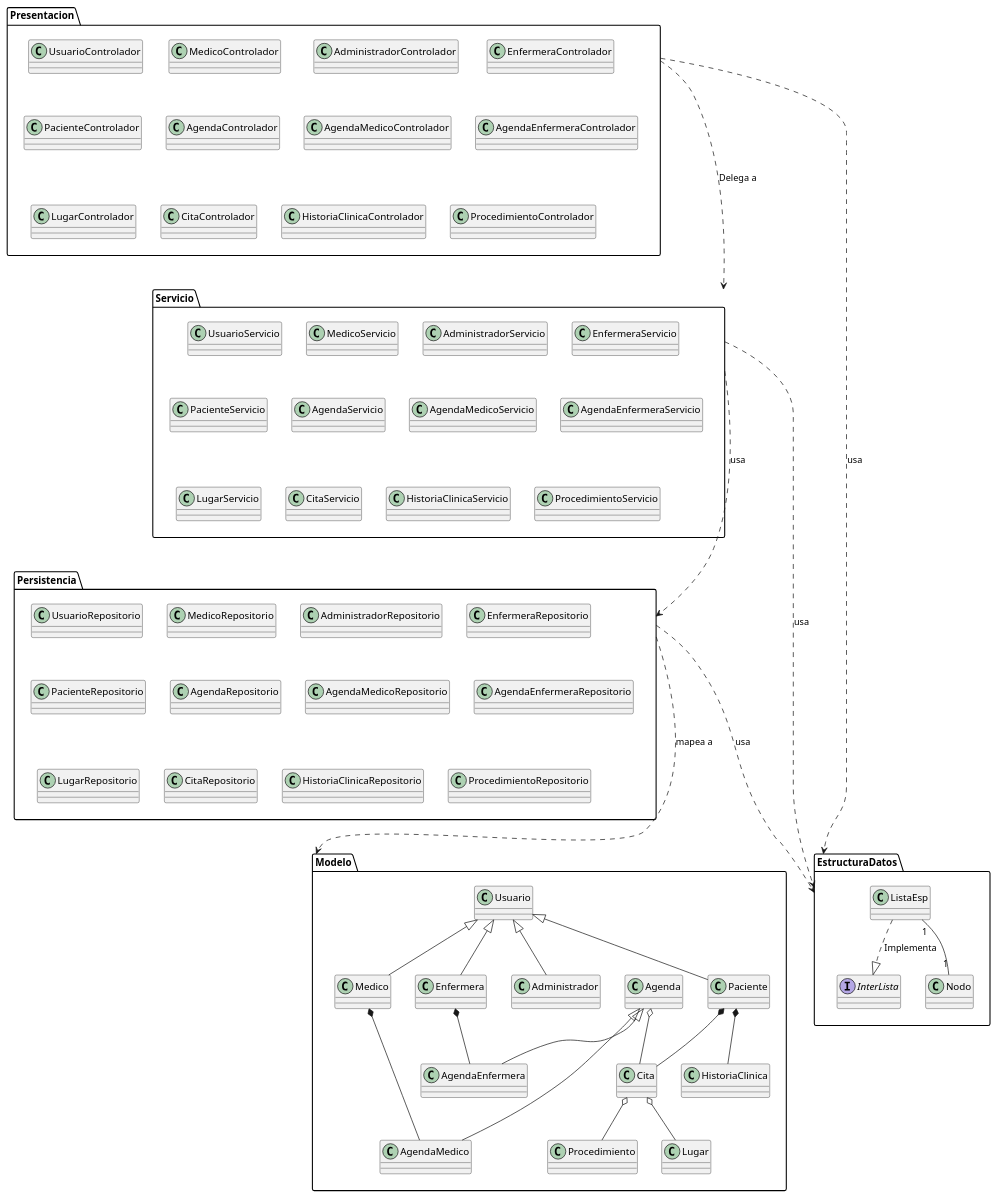
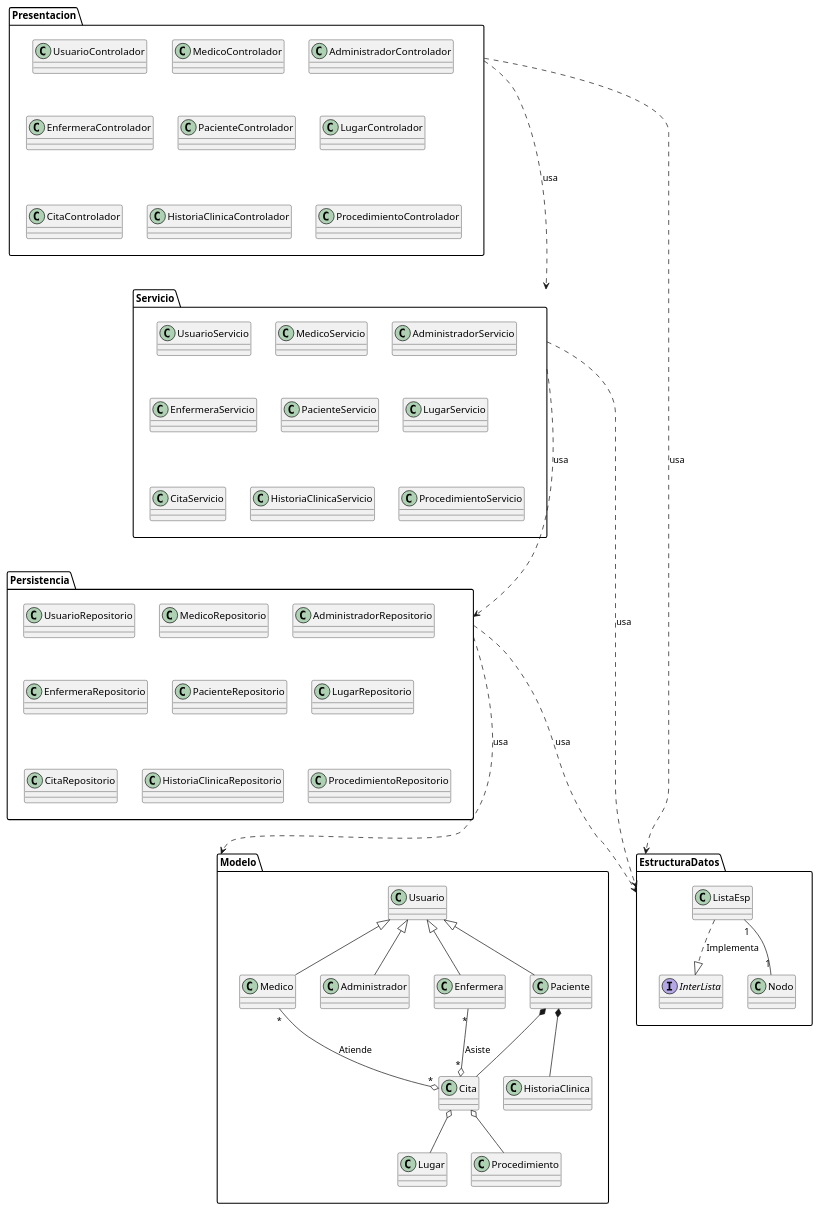
One commit to SebastianCA19/Repositorio-de-Diagramas changed the diagram in DiagramaDePaquetes.plantuml. Above: the diagram before and after it, drawn with PlantUML. The commit also changed 11 other files, not shown here.

```diff
--- a/DiagramaDePaquetes.plantuml
+++ b/DiagramaDePaquetes.plantuml
@@ -1,103 +1,89 @@
 @startuml DiagramaPaquetes
 top to bottom direction
 
 package "Presentacion" {
-    class UsuarioControlador
+    class UsuarioControlador 
     class MedicoControlador
     class AdministradorControlador
     class EnfermeraControlador
     class PacienteControlador
-    class AgendaControlador
-    class AgendaMedicoControlador
-    class AgendaEnfermeraControlador
     class LugarControlador
     class CitaControlador
     class HistoriaClinicaControlador
     class ProcedimientoControlador
 }
 
 package "Servicio"{
     class UsuarioServicio
     class MedicoServicio
     class AdministradorServicio
     class EnfermeraServicio
     class PacienteServicio
-    class AgendaServicio
-    class AgendaMedicoServicio
-    class AgendaEnfermeraServicio
     class LugarServicio
     class CitaServicio
     class HistoriaClinicaServicio
     class ProcedimientoServicio
 }
 
 package "Persistencia"{
     class UsuarioRepositorio
     class MedicoRepositorio
     class AdministradorRepositorio
     class EnfermeraRepositorio
     class PacienteRepositorio
-    class AgendaRepositorio
-    class AgendaMedicoRepositorio
-    class AgendaEnfermeraRepositorio
     class LugarRepositorio
     class CitaRepositorio
     class HistoriaClinicaRepositorio
     class ProcedimientoRepositorio
 }
 
 package "Modelo"{
     class Usuario
     class Medico
     class Administrador
     class Enfermera
     class Paciente
-    class Agenda
-    class AgendaMedico
-    class AgendaEnfermera
     class Lugar
     class Cita
     class HistoriaClinica
     class Procedimiento
 }
 
 package EstructuraDatos{
     interface InterLista
     class ListaEsp
     class Nodo
 }
 
-Presentacion ....> Servicio : "Delega a"
+Presentacion ....> Servicio : "usa"
 Presentacion ....> EstructuraDatos : "usa"
 
 Servicio ....> Persistencia : "usa"
 Servicio ....> EstructuraDatos : "usa"
 
-Persistencia ....> Modelo : "mapea a"
+Persistencia ....> Modelo : "usa"
 Persistencia ....> EstructuraDatos : "usa"
 
 'Relaciones de herencia'
 
 Usuario <|-down- Medico
 Usuario <|-down- Administrador
 Usuario <|-down- Enfermera
 Usuario <|-down- Paciente
 
-Agenda <|-down- AgendaMedico
-Agenda <|-down- AgendaEnfermera
 
 'Relaciones de cardinalidad
 
 Paciente *-- HistoriaClinica
 Paciente *-- Cita
-Medico *--- AgendaMedico
-Enfermera *-- AgendaEnfermera
 Cita o-- Lugar
 Procedimiento -up-o Cita
-Agenda o-- Cita
+
+Medico "*" --o "*" Cita : Atiende
+Enfermera "*" --o "*" Cita : Asiste
 
 ListaEsp ..|> InterLista: Implementa
 ListaEsp "1" -- "1" Nodo
 
 
 @enduml
```
